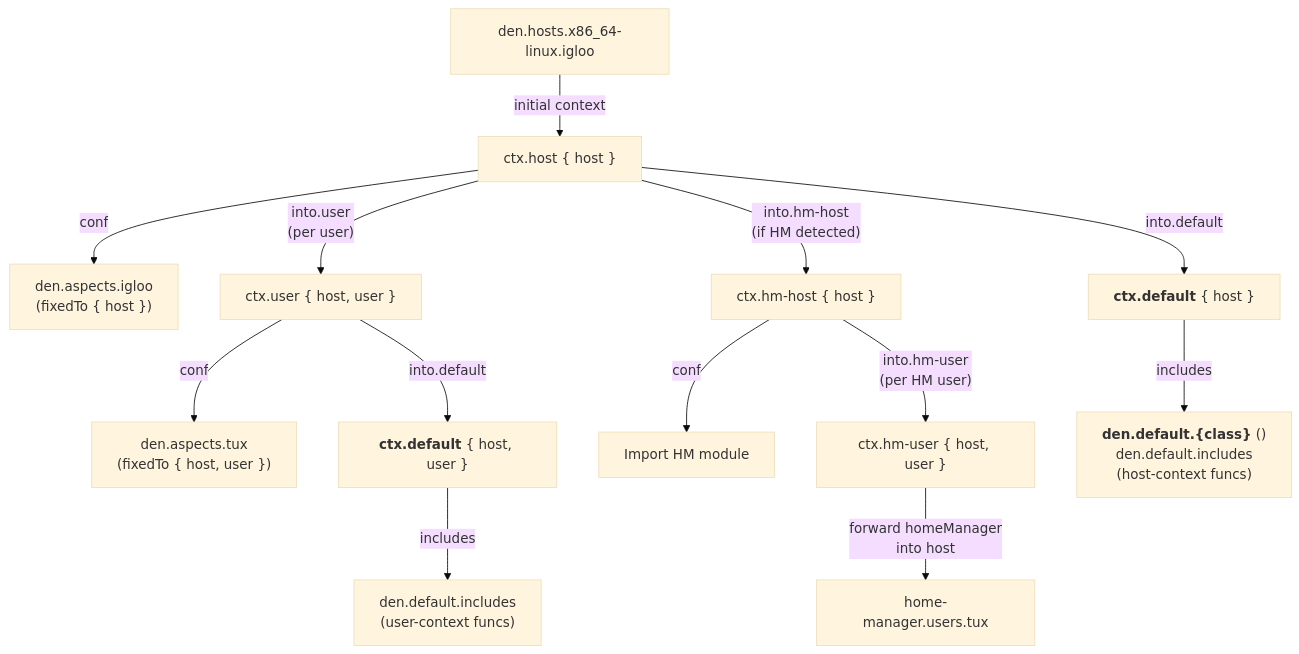
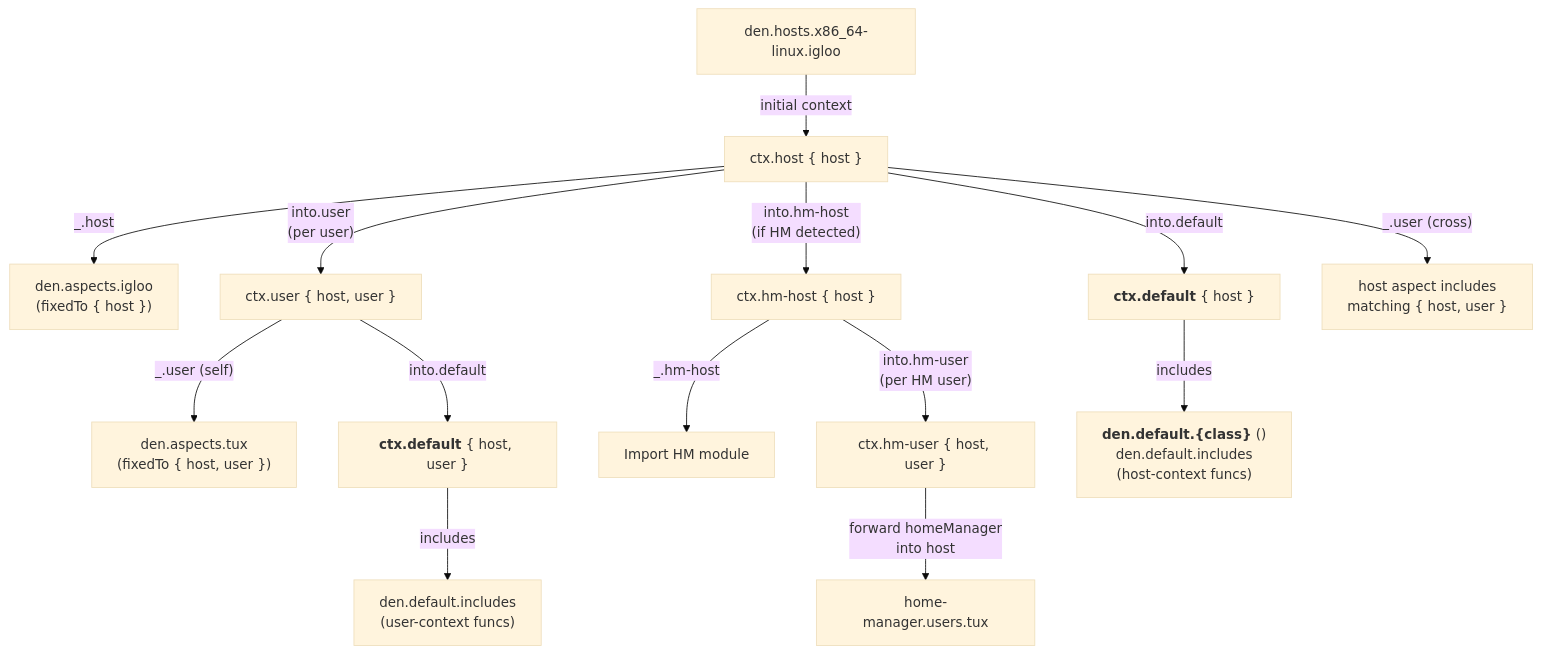
Before and after one commit to vic/den: the first of 3 diagrams in docs/src/content/docs/explanation/context-pipeline.md, drawn with Mermaid (base theme). The commit also changed other lines of this file and 15 other files, not shown here.

````diff
--- a/docs/src/content/docs/explanation/context-pipeline.md
+++ b/docs/src/content/docs/explanation/context-pipeline.md
@@ -13,21 +13,22 @@
 ```mermaid
 graph TD
   Host["den.hosts.x86_64-linux.igloo"]
   Host -->|"initial context"| CtxHost["ctx.host { host }"]
 
-  CtxHost -->|"conf"| HA["den.aspects.igloo<br/>(fixedTo { host })"]
+  CtxHost -->|"_.host"| HA["den.aspects.igloo<br/>(fixedTo { host })"]
   CtxHost -->|"into.default"| CtxDef1["<b>ctx.default</b> { host }"]
   CtxHost -->|"into.user<br/>(per user)"| CtxUser["ctx.user { host, user }"]
   CtxHost -->|"into.hm-host<br/>(if HM detected)"| CtxHM["ctx.hm-host { host }"]
 
-  CtxUser -->|"conf"| UA["den.aspects.tux<br/>(fixedTo { host, user })"]
+  CtxUser -->|"_.user (self)"| UA["den.aspects.tux<br/>(fixedTo { host, user })"]
+  CtxHost -->|"_.user (cross)"| XP["host aspect includes<br/>matching { host, user }"]
   CtxUser -->|"into.default"| CtxDef2["<b>ctx.default</b> { host, user }"]
 
-  CtxHM -->|"conf"| HMmod["Import HM module"]
+  CtxHM -->|"_.hm-host"| HMmod["Import HM module"]
   CtxHM -->|"into.hm-user<br/>(per HM user)"| CtxHMU["ctx.hm-user { host, user }"]
 
   CtxHMU -->|"forward homeManager<br/>into host"| FW["home-manager.users.tux"]
 
   CtxDef1 -->|"includes"| DI1["<b>den.default.{class}</b> ()<br/>den.default.includes<br/>(host-context funcs)"]
   CtxDef2 -->|"includes"| DI2["den.default.includes<br/>(user-context funcs)"]
 ```
````
